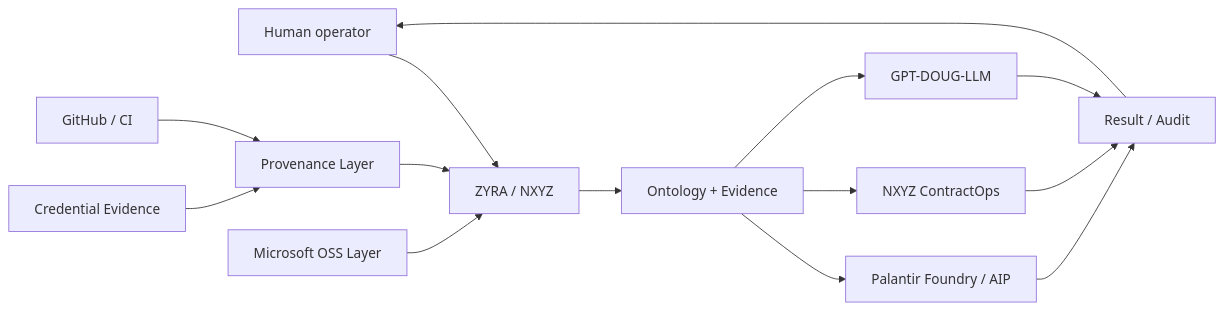
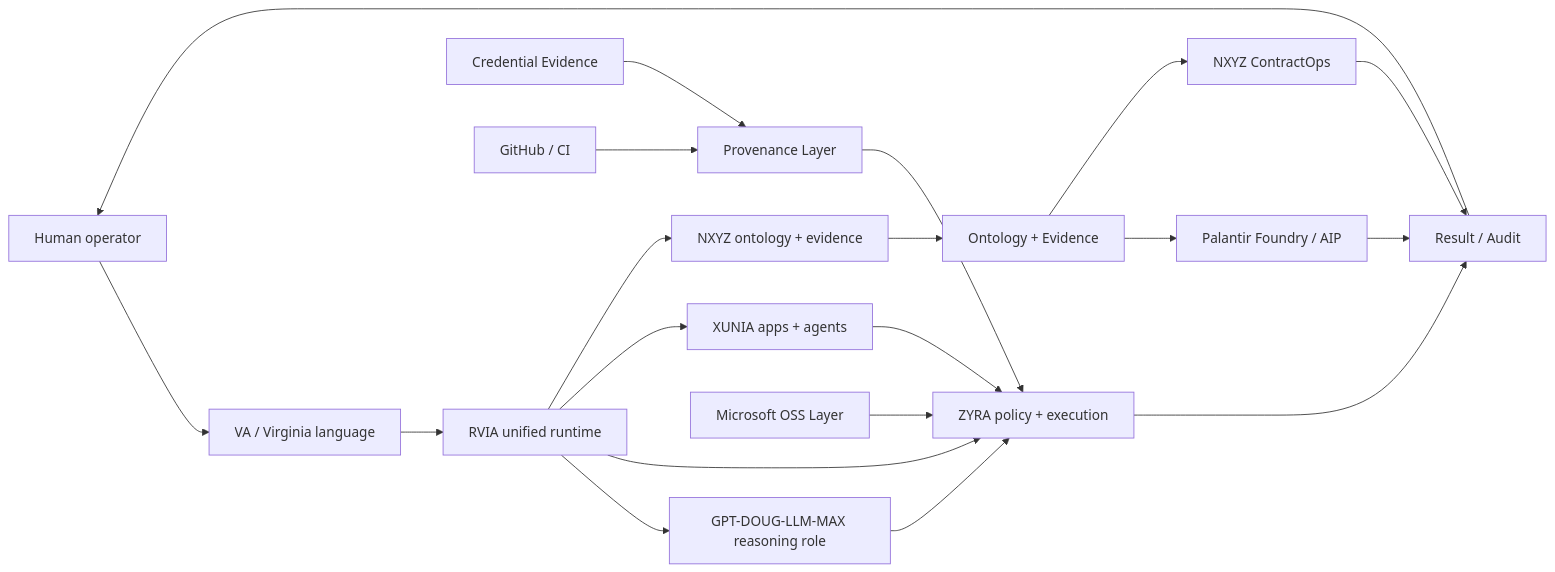
The diagram in README.md (sonoxo/zyra), drawn with Mermaid before and after one commit. The commit also changed other lines of this file, not shown here.

Commit message:
docs: integrate VA RVIA ZYRA Eyes ecosystem into main README

````diff
--- a/README.md
+++ b/README.md
@@ -168,16 +174,22 @@
 ```mermaid
 flowchart LR
-    H[Human operator] --> Z[ZYRA / NXYZ]
+    H[Human operator] --> VA[VA / Virginia language]
+    VA --> RVIA[RVIA unified runtime]
+    RVIA --> D[GPT-DOUG-LLM-MAX reasoning role]
+    RVIA --> Z[ZYRA policy + execution]
+    RVIA --> X[XUNIA apps + agents]
+    RVIA --> N[NXYZ ontology + evidence]
     C[Credential Evidence] --> P[Provenance Layer]
     G[GitHub / CI] --> P
     M[Microsoft OSS Layer] --> Z
     P --> Z
-    Z --> O[Ontology + Evidence]
+    N --> O[Ontology + Evidence]
     O --> F[Palantir Foundry / AIP]
     O --> CO[NXYZ ContractOps]
-    O --> D[GPT-DOUG-LLM]
+    D --> Z
+    X --> Z
     F --> R[Result / Audit]
     CO --> R
-    D --> R
+    Z --> R
     R --> H
 ```
````
